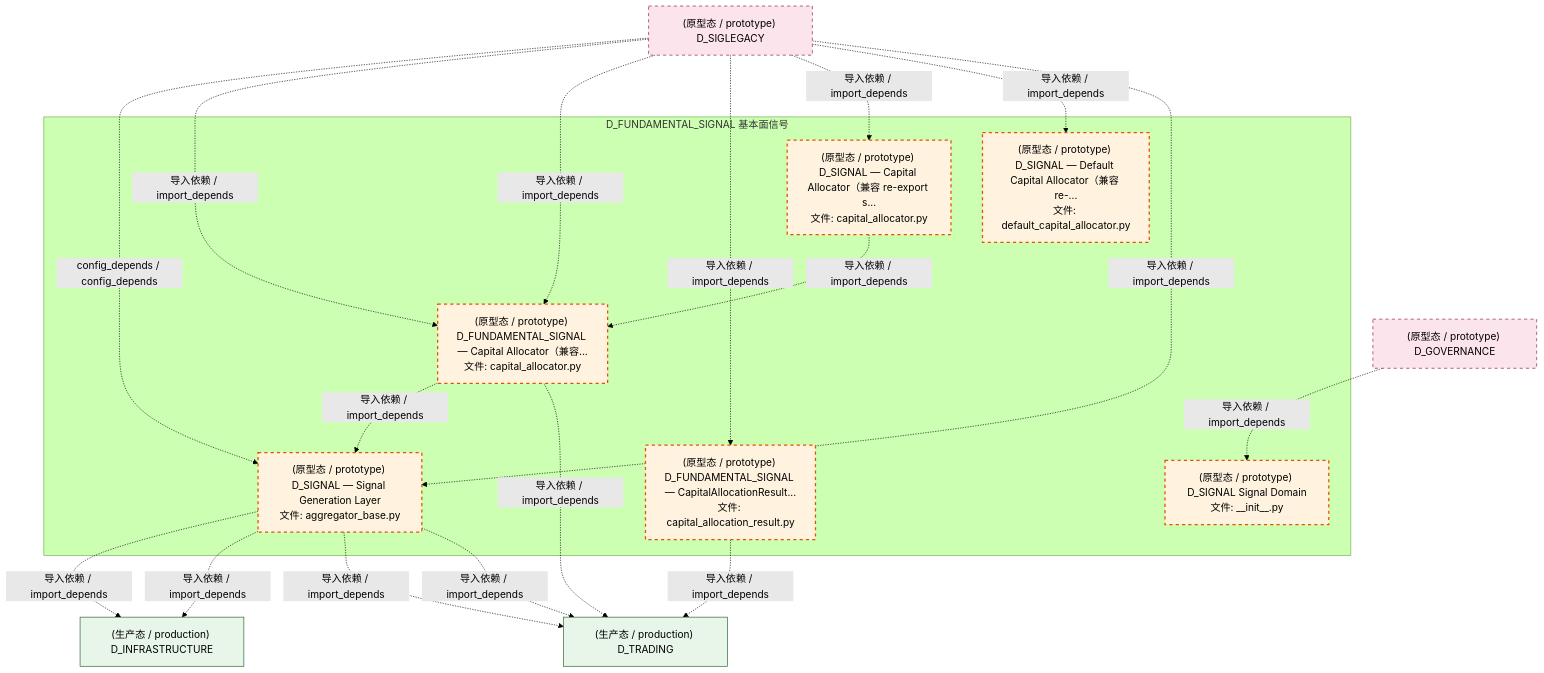
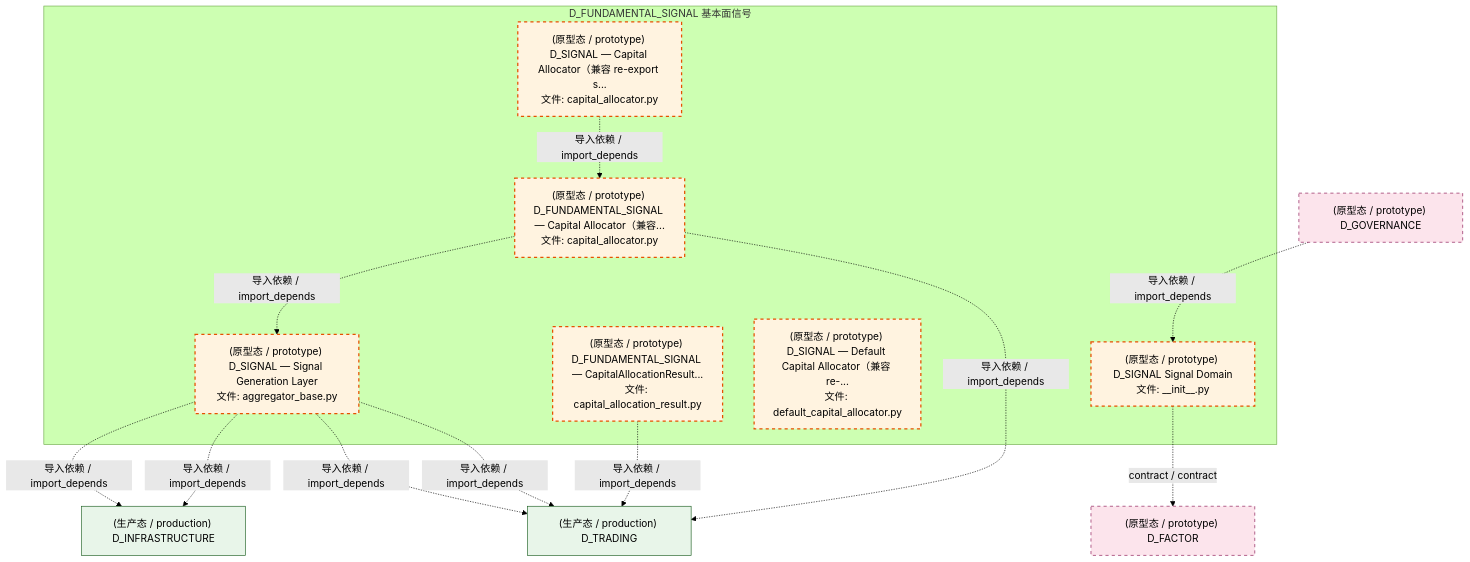
One commit to xuanFelixVan/ZephyrAlpha changed the third of 4 diagrams in docs/02_enterprise_architecture/02_domain_architecture_docs/37_d_fundamental_signal.md. Above: the diagram before and after it, drawn with Mermaid (forest theme). The commit also changed other lines of this file and 126 other files, not shown here.

````diff
--- a/docs/02_enterprise_architecture/02_domain_architecture_docs/37_d_fundamental_signal.md
+++ b/docs/02_enterprise_architecture/02_domain_architecture_docs/37_d_fundamental_signal.md
@@ -197,38 +170,32 @@
 ```mermaid
 graph TD
     subgraph D_FUNDAMENTAL_SIGNAL["D_FUNDAMENTAL_SIGNAL 基本面信号"]
         src_zephyr_signal_fundamental_init_py["(原型态 / prototype) D_SIGNAL Signal Domain<br/>文件: __init__.py"]
         src_zephyr_signal_fundamental_capital_capital_allocation_result_py["(原型态 / prototype) D_FUNDAMENTAL_SIGNAL — CapitalAllocationResult...<br/>文件: capital_allocation_result.py"]
         src_zephyr_signal_fundamental_capital_capital_allocator_py["(原型态 / prototype) D_SIGNAL — Capital Allocator（兼容 re-export s...<br/>文件: capital_allocator.py"]
         src_zephyr_signal_fundamental_capital_default_capital_allocator_py["(原型态 / prototype) D_SIGNAL — Default Capital Allocator（兼容 re-...<br/>文件: default_capital_allocator.py"]
         src_zephyr_signal_fundamental_gen_aggregator_base_py["(原型态 / prototype) D_SIGNAL — Signal Generation Layer<br/>文件: aggregator_base.py"]
         src_zephyr_signal_fundamental_strategy_capital_allocator_py["(原型态 / prototype) D_FUNDAMENTAL_SIGNAL — Capital Allocator（兼容...<br/>文件: capital_allocator.py"]
     end
     src_zephyr_signal_fundamental_capital_capital_allocator_py -.->|导入依赖 / import_depends| src_zephyr_signal_fundamental_strategy_capital_allocator_py
     src_zephyr_signal_fundamental_strategy_capital_allocator_py -.->|导入依赖 / import_depends| src_zephyr_signal_fundamental_gen_aggregator_base_py
+    D_FACTOR["(原型态 / prototype) D_FACTOR"]
+    src_zephyr_signal_fundamental_init_py -.->|contract / contract| D_FACTOR
     D_TRADING["(生产态 / production) D_TRADING"]
     src_zephyr_signal_fundamental_capital_capital_allocation_result_py -.->|导入依赖 / import_depends| D_TRADING
     D_INFRASTRUCTURE["(生产态 / production) D_INFRASTRUCTURE"]
     src_zephyr_signal_fundamental_gen_aggregator_base_py -.->|导入依赖 / import_depends| D_INFRASTRUCTURE
     src_zephyr_signal_fundamental_gen_aggregator_base_py -.->|导入依赖 / import_depends| D_INFRASTRUCTURE
     src_zephyr_signal_fundamental_gen_aggregator_base_py -.->|导入依赖 / import_depends| D_TRADING
     src_zephyr_signal_fundamental_gen_aggregator_base_py -.->|导入依赖 / import_depends| D_TRADING
     src_zephyr_signal_fundamental_strategy_capital_allocator_py -.->|导入依赖 / import_depends| D_TRADING
-    D_SIGLEGACY["(原型态 / prototype) D_SIGLEGACY"]
-    D_SIGLEGACY -.->|config_depends / config_depends| src_zephyr_signal_fundamental_gen_aggregator_base_py
-    D_SIGLEGACY -.->|导入依赖 / import_depends| src_zephyr_signal_fundamental_strategy_capital_allocator_py
-    D_SIGLEGACY -.->|导入依赖 / import_depends| src_zephyr_signal_fundamental_strategy_capital_allocator_py
-    D_SIGLEGACY -.->|导入依赖 / import_depends| src_zephyr_signal_fundamental_capital_capital_allocation_result_py
-    D_SIGLEGACY -.->|导入依赖 / import_depends| src_zephyr_signal_fundamental_capital_capital_allocator_py
-    D_SIGLEGACY -.->|导入依赖 / import_depends| src_zephyr_signal_fundamental_capital_default_capital_allocator_py
     D_GOVERNANCE["(原型态 / prototype) D_GOVERNANCE"]
     D_GOVERNANCE -.->|导入依赖 / import_depends| src_zephyr_signal_fundamental_init_py
-    D_SIGLEGACY -.->|导入依赖 / import_depends| src_zephyr_signal_fundamental_gen_aggregator_base_py
     classDef production fill:#e1f5fe,stroke:#01579b,stroke-width:2px,color:#000
     classDef design fill:#fff3e0,stroke:#e65100,stroke-width:2px,color:#000,stroke-dasharray: 5 5
     classDef external_prod fill:#e8f5e9,stroke:#1b5e20,stroke-width:1px,color:#000
     classDef external_design fill:#fce4ec,stroke:#880e4f,stroke-width:1px,color:#000,stroke-dasharray: 5 5
     class src_zephyr_signal_fundamental_init_py,src_zephyr_signal_fundamental_capital_capital_allocation_result_py,src_zephyr_signal_fundamental_capital_capital_allocator_py,src_zephyr_signal_fundamental_capital_default_capital_allocator_py,src_zephyr_signal_fundamental_gen_aggregator_base_py,src_zephyr_signal_fundamental_strategy_capital_allocator_py design
     class D_TRADING,D_INFRASTRUCTURE external_prod
-    class D_SIGLEGACY,D_GOVERNANCE external_design
+    class D_FACTOR,D_GOVERNANCE external_design
 ```
````
